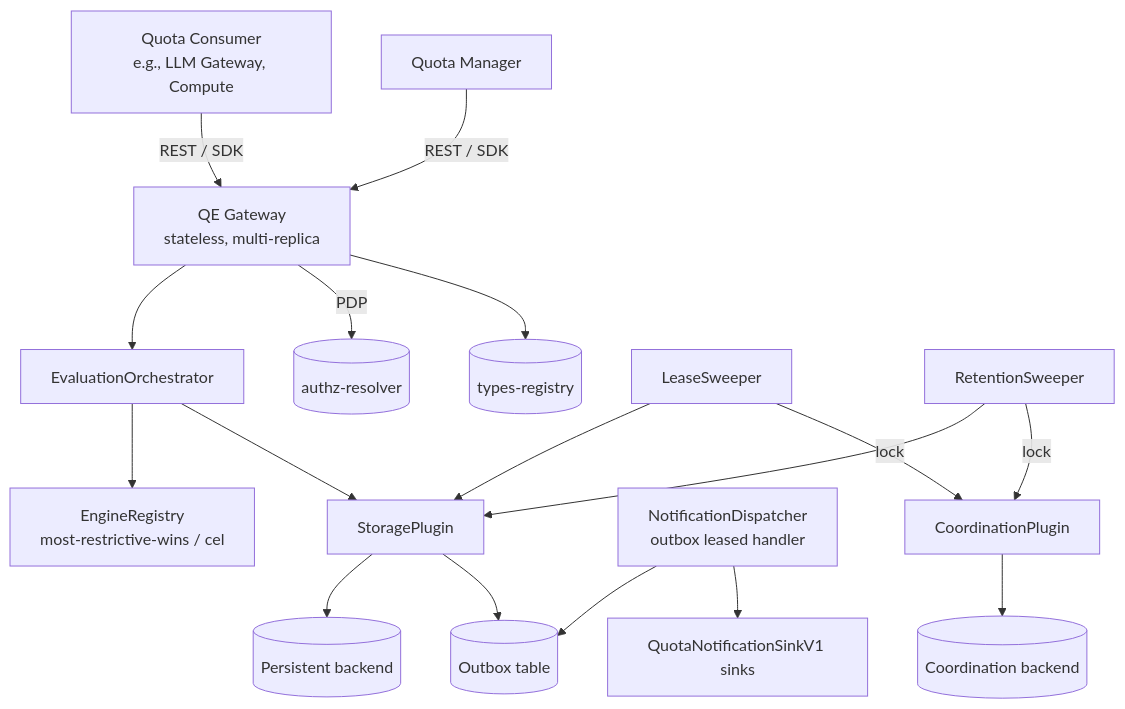
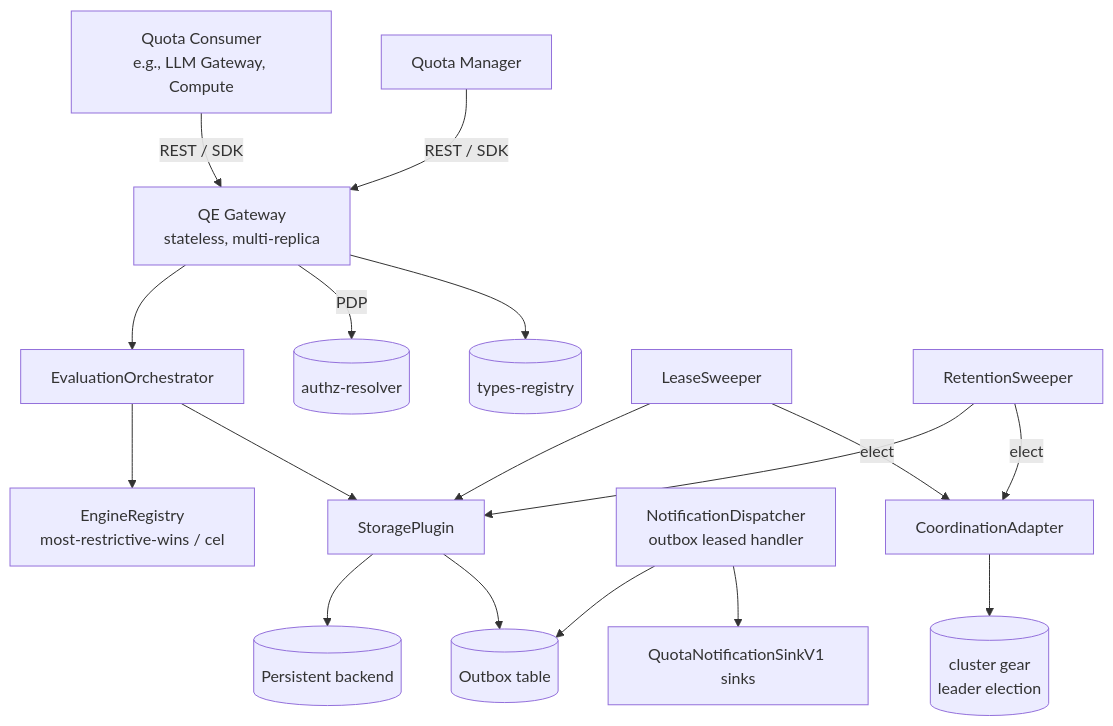
One commit to constructorfabric/gears-rust changed the first of 17 diagrams in gears/system/quota-enforcement/docs/DESIGN.md. Above: the diagram before and after it, drawn with Mermaid. The commit also changed other lines of this file and 9 other files, not shown here.

Commit message:
docs(quota-enforcement): consume cluster leader election for sweeper singletons

````diff
--- a/gears/system/quota-enforcement/docs/DESIGN.md
+++ b/gears/system/quota-enforcement/docs/DESIGN.md
@@ -138,19 +138,19 @@
 ```mermaid
 graph TB
     Consumer[Quota Consumer<br/>e.g., LLM Gateway, Compute] -->|REST / SDK| GW[QE Gateway<br/>stateless, multi-replica]
     QM[Quota Manager] -->|REST / SDK| GW
     GW --> Orchestrator[EvaluationOrchestrator]
     Orchestrator --> ER[EngineRegistry<br/>most-restrictive-wins / cel]
     Orchestrator --> SP[StoragePlugin]
     GW -->|PDP| AuthzResolver[(authz-resolver)]
     GW --> TR[(types-registry)]
     SP --> Backend[(Persistent backend)]
     SP --> Outbox[(Outbox table)]
     LS[LeaseSweeper] --> SP
     RS[RetentionSweeper] --> SP
     ND[NotificationDispatcher<br/>outbox leased handler] --> Outbox
     ND --> NotifPlug[QuotaNotificationSinkV1 sinks]
-    LS -->|lock| CP[CoordinationPlugin]
-    RS -->|lock| CP
-        CP --> CoordBackend[(Coordination backend)]
+    LS -->|elect| CA[CoordinationAdapter]
+    RS -->|elect| CA
+        CA --> Cluster[(cluster gear<br/>leader election)]
 ```
````
